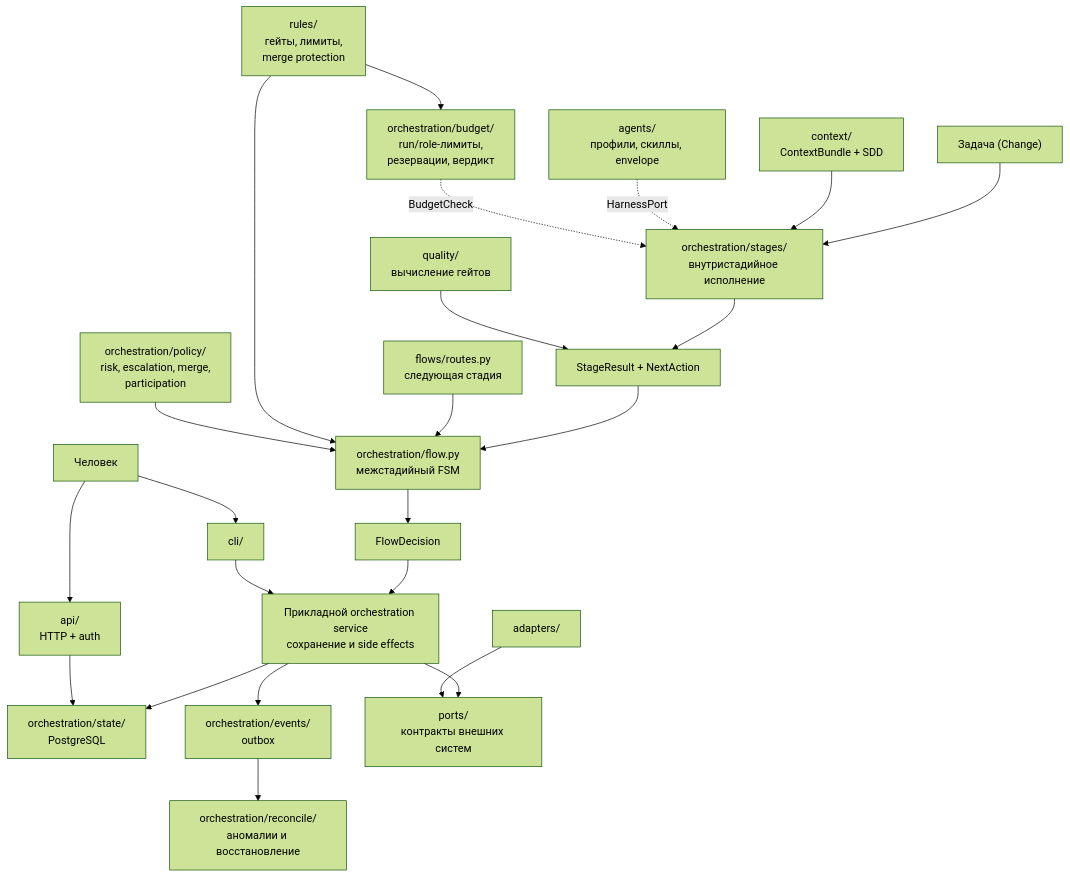
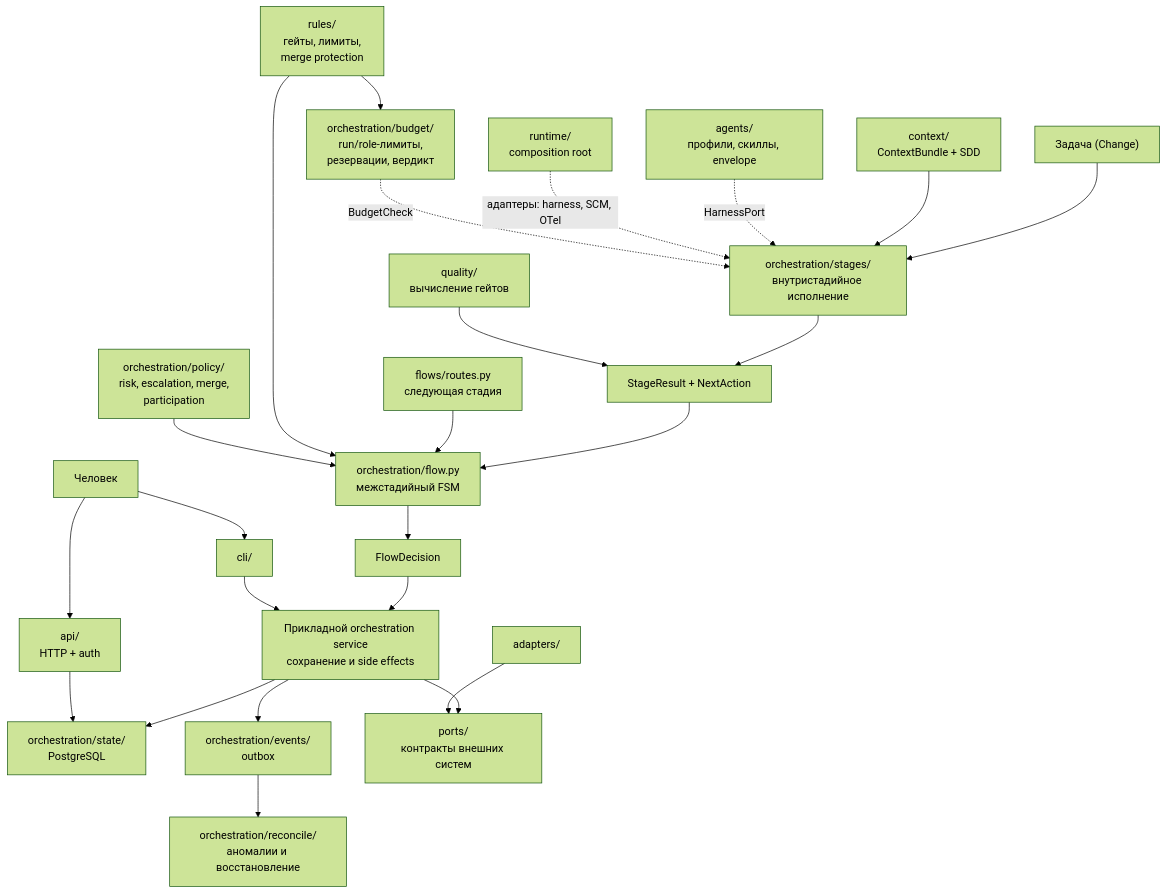
One commit to vadagama/dark-factory-mvp changed the diagram in docs/descriptions/README.md. Above: the diagram before and after it, drawn with Mermaid (forest theme). The commit also changed other lines of this file and 7 other files, not shown here.

````diff
--- a/docs/descriptions/README.md
+++ b/docs/descriptions/README.md
@@ -28,25 +29,26 @@
 ```mermaid
 flowchart TD
     TASK["Задача (Change)"] --> STAGE["orchestration/stages/\nвнутристадийное исполнение"]
     CTX["context/\nContextBundle + SDD"] --> STAGE
     AGENTS["agents/\nпрофили, скиллы, envelope"] -.->|"HarnessPort"| STAGE
+    RUNTIME["runtime/\ncomposition root"] -.->|"адаптеры: harness, SCM, OTel"| STAGE
     STAGE --> RESULT["StageResult + NextAction"]
     QUALITY["quality/\nвычисление гейтов"] --> RESULT
     RESULT --> FLOW["orchestration/flow.py\nмежстадийный FSM"]
     ROUTE["flows/routes.py\nследующая стадия"] --> FLOW
     RULES["rules/\nгейты, лимиты,\nmerge protection"] --> FLOW
     RULES --> BUDGET["orchestration/budget/\nrun/role-лимиты,\nрезервации, вердикт"]
     BUDGET -.->|"BudgetCheck"| STAGE
     POLICY["orchestration/policy/\nrisk, escalation, merge,\nparticipation"] --> FLOW
     FLOW --> DECISION["FlowDecision"]
     DECISION --> APP["Прикладной orchestration service\nсохранение и side effects"]
     APP --> STATE["orchestration/state/\nPostgreSQL"]
     APP --> EVENTS["orchestration/events/\noutbox"]
     EVENTS --> RECON["orchestration/reconcile/\nаномалии и восстановление"]
     APP --> PORTS["ports/\nконтракты внешних систем"]
     ADAPTERS["adapters/"] --> PORTS
     CLI["cli/"] --> APP
     API["api/\nHTTP + auth"] --> STATE
     USERS["Человек"] --> CLI
     USERS --> API
 ```
````
